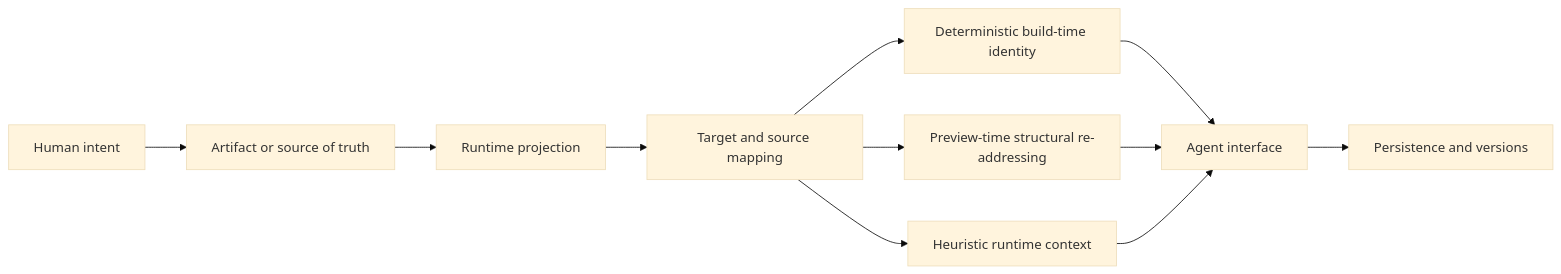
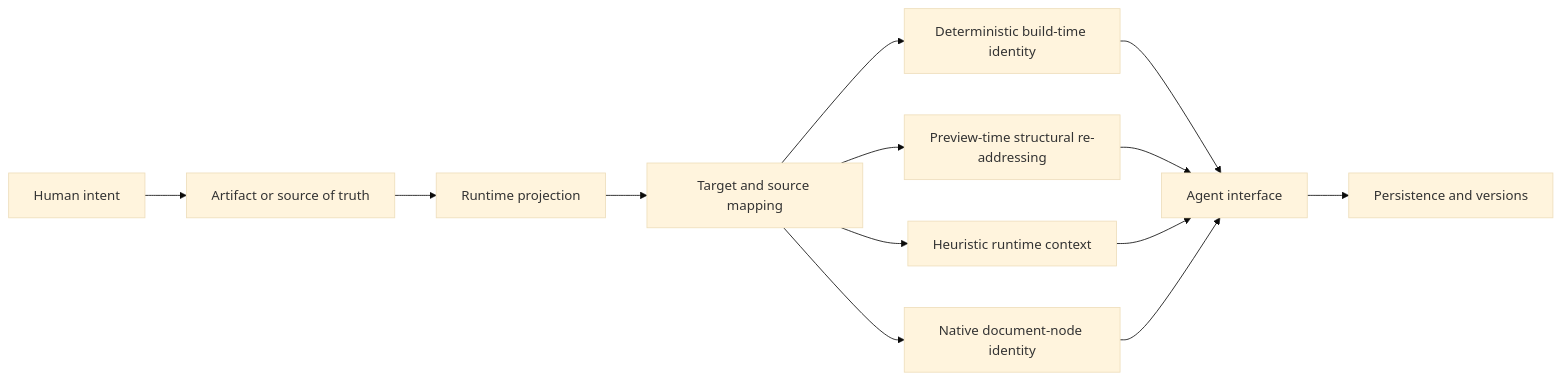
The second of 2 diagrams in README.md (cc1024201/ai-native-design-landscape), drawn with Mermaid (base theme) before and after one commit. The commit also changed other lines of this file and 1 other file, not shown here.

````diff
--- a/README.md
+++ b/README.md
@@ -127,13 +128,15 @@
 ```mermaid
 flowchart LR
     I[Human intent] --> A[Artifact or source of truth]
     A --> R[Runtime projection]
     R --> M[Target and source mapping]
     M --> D[Deterministic build-time identity]
     M --> S[Preview-time structural re-addressing]
     M --> H[Heuristic runtime context]
+    M --> N[Native document-node identity]
     D --> X[Agent interface]
     S --> X
     H --> X
+    N --> X
     X --> P[Persistence and versions]
 ```
````
